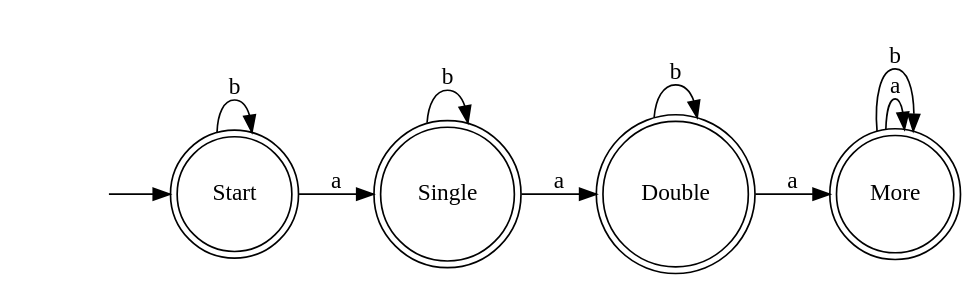
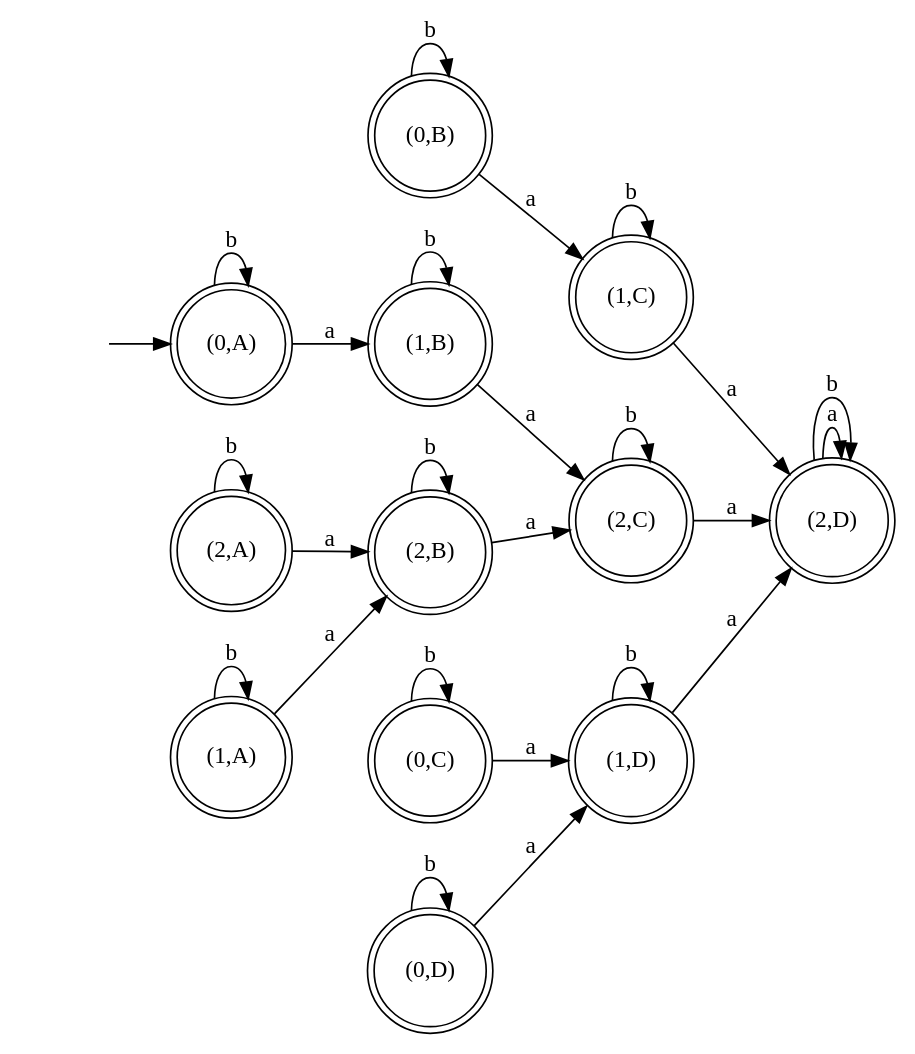
The diagram in assignments/a1/graphs/2-l3.dot (Hoverbear/CSC-320), drawn with Graphviz before and after one commit. The commit also changed 5 other files, not shown here.

Commit message:
more graphs, corrections

```diff
--- a/assignments/a1/graphs/2-l3.dot
+++ b/assignments/a1/graphs/2-l3.dot
@@ -1,22 +1,36 @@
 digraph finite_state_machine {
 	rankdir = LR;
 	/*size = "4,6"*/
 	/*ppi = 300*/
 	node [ shape = none ] "";
-	node [ shape = doublecircle ]; "Single" "Start" "Double" "More";
-	node [ shape = circle ];
+	node [ shape = doublecircle ];
 
-	"" -> "Start"
+	"" -> "(0,A)"
 
-	"Start" -> "Single"  [ label = "a" ]
-	"Start" -> "Start"   [ label = "b" ]
+	"(0,A)" -> "(1,B)" [ label = "a" ]
+	"(0,A)" -> "(0,A)" [ label = "b" ]
+	"(0,B)" -> "(1,C)" [ label = "a" ]
+	"(0,B)" -> "(0,B)" [ label = "b" ]
+	"(0,C)" -> "(1,D)" [ label = "a" ]
+	"(0,C)" -> "(0,C)" [ label = "b" ]
+	"(0,D)" -> "(1,D)" [ label = "a" ]
+	"(0,D)" -> "(0,D)" [ label = "b" ]
 
-	"Single" -> "Double"   [ label = "a" ]
-	"Single" -> "Single"   [ label = "b" ]
+	"(1,A)" -> "(2,B)" [ label = "a" ]
+	"(1,A)" -> "(1,A)" [ label = "b" ]
+	"(1,B)" -> "(2,C)" [ label = "a" ]
+	"(1,B)" -> "(1,B)" [ label = "b" ]
+	"(1,C)" -> "(2,D)" [ label = "a" ]
+	"(1,C)" -> "(1,C)" [ label = "b" ]
+	"(1,D)" -> "(2,D)" [ label = "a" ]
+	"(1,D)" -> "(1,D)" [ label = "b" ]
 
-	"Double" -> "More" [ label = "a"]
-	"Double" -> "Double" [ label = "b"]
-
-	"More" -> "More" [ label = "a"]
-	"More" -> "More" [ label = "b"]
+	"(2,A)" -> "(2,B)" [ label = "a" ]
+	"(2,A)" -> "(2,A)" [ label = "b" ]
+	"(2,B)" -> "(2,C)" [ label = "a" ]
+	"(2,B)" -> "(2,B)" [ label = "b" ]
+	"(2,C)" -> "(2,D)" [ label = "a" ]
+	"(2,C)" -> "(2,C)" [ label = "b" ]
+	"(2,D)" -> "(2,D)" [ label = "a" ]
+	"(2,D)" -> "(2,D)" [ label = "b" ]
 }
```
